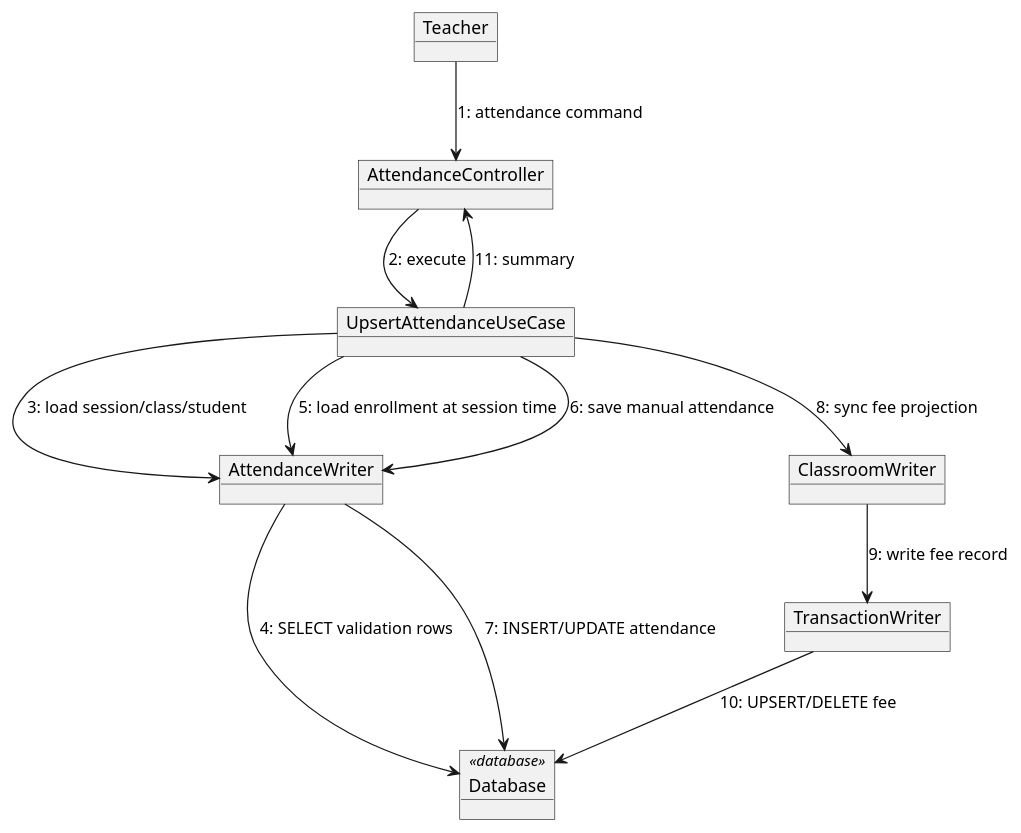
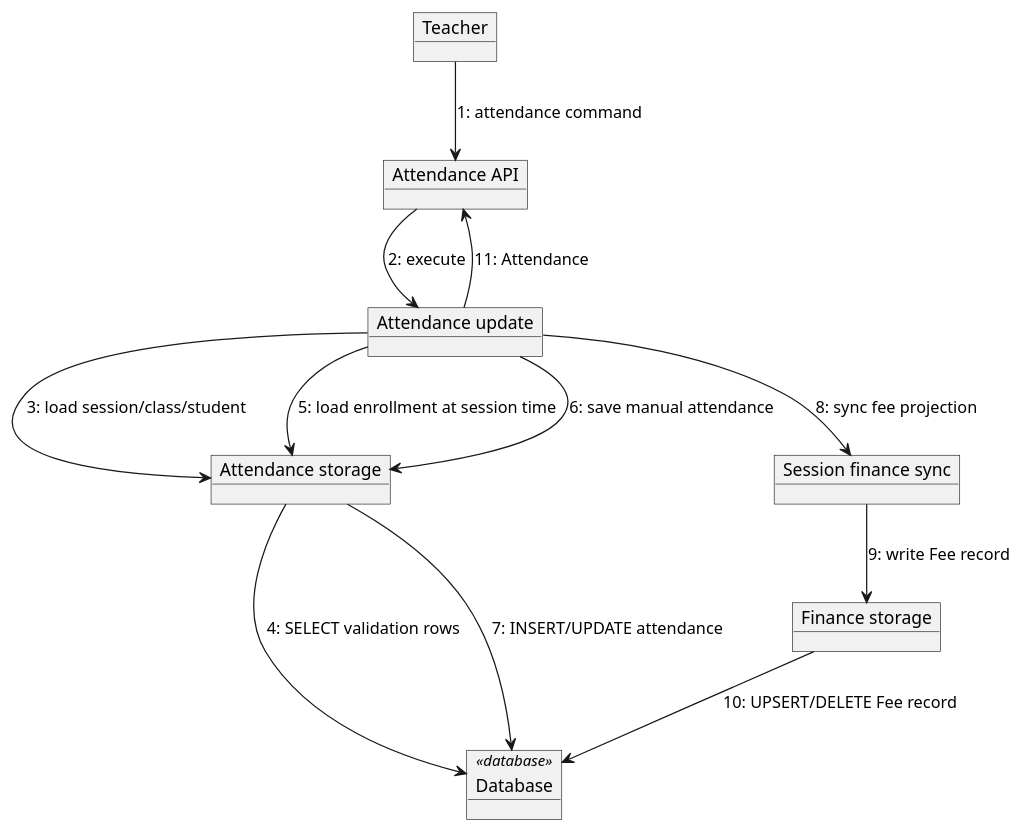
Before and after one commit to owlx206/tms-monorepo: the diagram in uml/collaboration/class-session-attendance.puml, drawn with PlantUML. The commit also changed 234 other files, not shown here.

```diff
--- a/uml/collaboration/class-session-attendance.puml
+++ b/uml/collaboration/class-session-attendance.puml
@@ -1,20 +1,20 @@
 @startuml
 object Teacher
-object AttendanceController
-object UpsertAttendanceUseCase
-object AttendanceWriter
-object ClassroomWriter
-object TransactionWriter
+object "Attendance API" as AttendanceAPI
+object "Attendance update" as AttendanceUpdate
+object "Attendance storage" as AttendanceStorage
+object "Session finance sync" as SessionFinanceSync
+object "Finance storage" as FinanceStorage
 object Database <<database>>
-Teacher --> AttendanceController : 1: attendance command
-AttendanceController --> UpsertAttendanceUseCase : 2: execute
-UpsertAttendanceUseCase --> AttendanceWriter : 3: load session/class/student
-AttendanceWriter --> Database : 4: SELECT validation rows
-UpsertAttendanceUseCase --> AttendanceWriter : 5: load enrollment at session time
-UpsertAttendanceUseCase --> AttendanceWriter : 6: save manual attendance
-AttendanceWriter --> Database : 7: INSERT/UPDATE attendance
-UpsertAttendanceUseCase --> ClassroomWriter : 8: sync fee projection
-ClassroomWriter --> TransactionWriter : 9: write fee record
-TransactionWriter --> Database : 10: UPSERT/DELETE fee
-UpsertAttendanceUseCase --> AttendanceController : 11: summary
+Teacher --> AttendanceAPI : 1: attendance command
+AttendanceAPI --> AttendanceUpdate : 2: execute
+AttendanceUpdate --> AttendanceStorage : 3: load session/class/student
+AttendanceStorage --> Database : 4: SELECT validation rows
+AttendanceUpdate --> AttendanceStorage : 5: load enrollment at session time
+AttendanceUpdate --> AttendanceStorage : 6: save manual attendance
+AttendanceStorage --> Database : 7: INSERT/UPDATE attendance
+AttendanceUpdate --> SessionFinanceSync : 8: sync fee projection
+SessionFinanceSync --> FinanceStorage : 9: write Fee record
+FinanceStorage --> Database : 10: UPSERT/DELETE Fee record
+AttendanceUpdate --> AttendanceAPI : 11: Attendance
 @enduml
```
